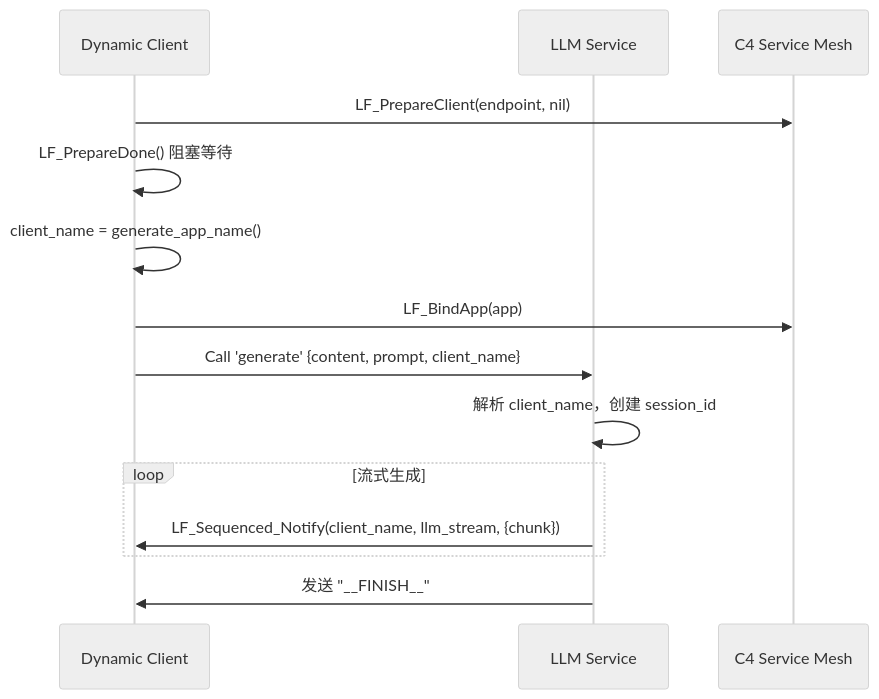
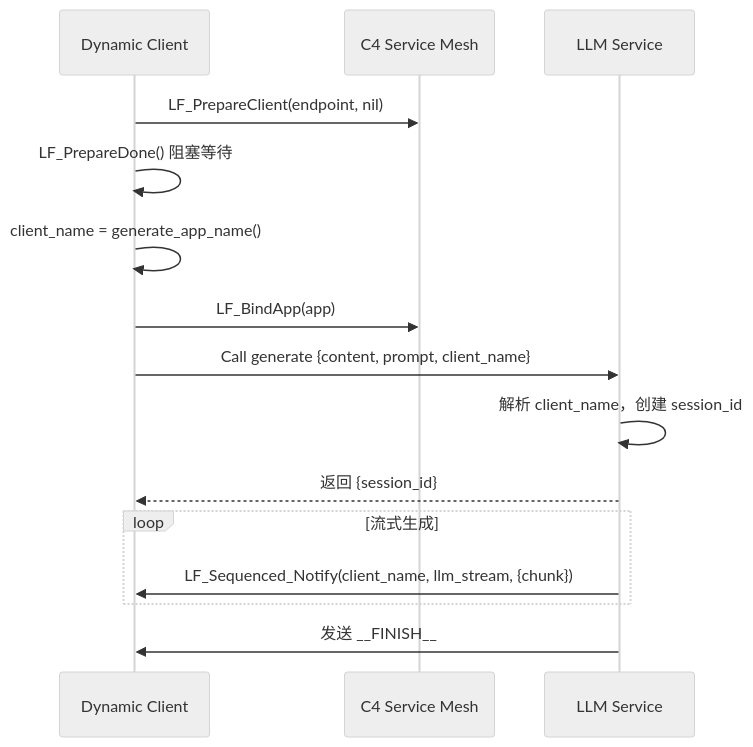
The sixth of 17 diagrams in Py/LingoFuse_Python_Binding_Migration_Record.md (PassByYou888/LingoFuse), drawn with Mermaid (neutral theme) before and after one commit. The commit also changed other lines of this file, not shown here.

````diff
--- a/Py/LingoFuse_Python_Binding_Migration_Record.md
+++ b/Py/LingoFuse_Python_Binding_Migration_Record.md
@@ -60,17 +214,19 @@
 ```mermaid
 sequenceDiagram
     participant Client as Dynamic Client
+    participant C4 as C4 Service Mesh
     participant Service as LLM Service
-    participant C4 as C4 Service Mesh
 
     Client->>C4: LF_PrepareClient(endpoint, nil)
     Client->>Client: LF_PrepareDone() 阻塞等待
     Client->>Client: client_name = generate_app_name()
     Client->>C4: LF_BindApp(app)
-    Client->>Service: Call 'generate' {content, prompt, client_name}
+    Client->>Service: Call generate {content, prompt, client_name}
     Service->>Service: 解析 client_name，创建 session_id
+    Service-->>Client: 返回 {session_id}
+
     loop 流式生成
         Service->>Client: LF_Sequenced_Notify(client_name, llm_stream, {chunk})
     end
-    Service->>Client: 发送 "__FINISH__"
+    Service->>Client: 发送 __FINISH__
 ```
````
